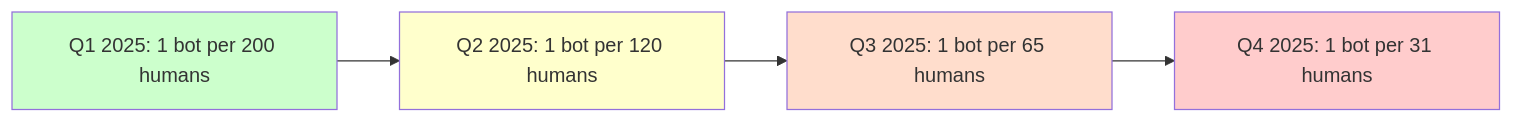
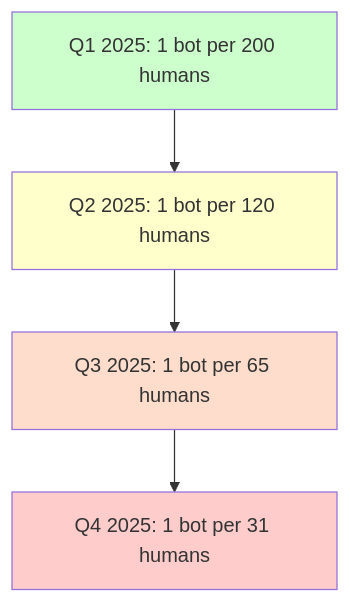
One commit to bytetunnels/bytetunnels.github.com changed the first of 3 diagrams in _posts/2026-02-25-the-ai-bot-traffic-explosion-what-1-bot-per-31-humans-means-for-the-web.md. Above: the diagram before and after it, drawn with Mermaid. The commit also changed other lines of this file and 553 other files, not shown here.

````diff
--- a/_posts/2026-02-25-the-ai-bot-traffic-explosion-what-1-bot-per-31-humans-means-for-the-web.md
+++ b/_posts/2026-02-25-the-ai-bot-traffic-explosion-what-1-bot-per-31-humans-means-for-the-web.md
@@ -18,11 +21,11 @@
 ```mermaid
-flowchart LR
+flowchart TD
     A["Q1 2025: 1 bot per 200 humans"] --> B["Q2 2025: 1 bot per 120 humans"]
     B --> C["Q3 2025: 1 bot per 65 humans"]
     C --> D["Q4 2025: 1 bot per 31 humans"]
 
     style A fill:#ccffcc
     style B fill:#ffffcc
     style C fill:#ffddcc
     style D fill:#ffcccc
 ```
````
